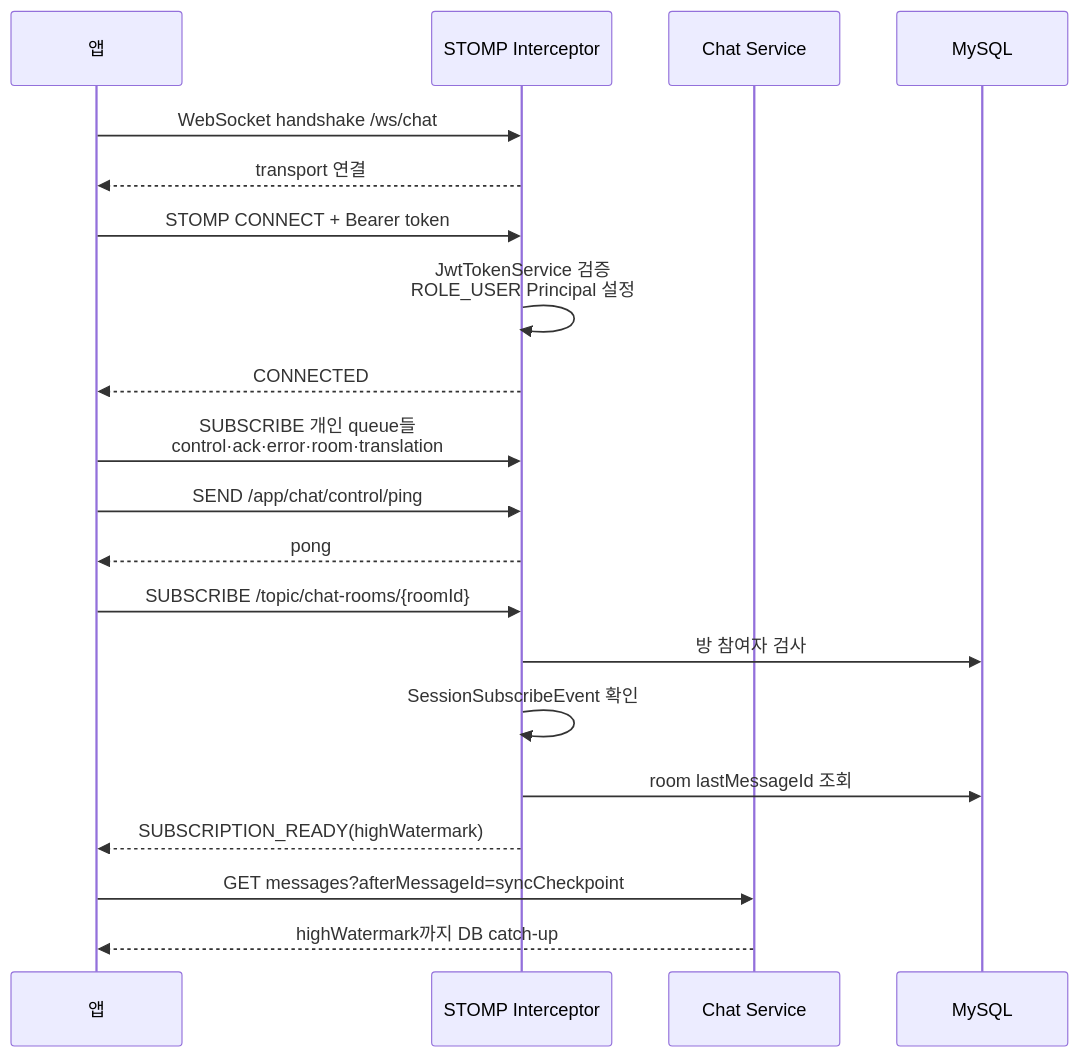
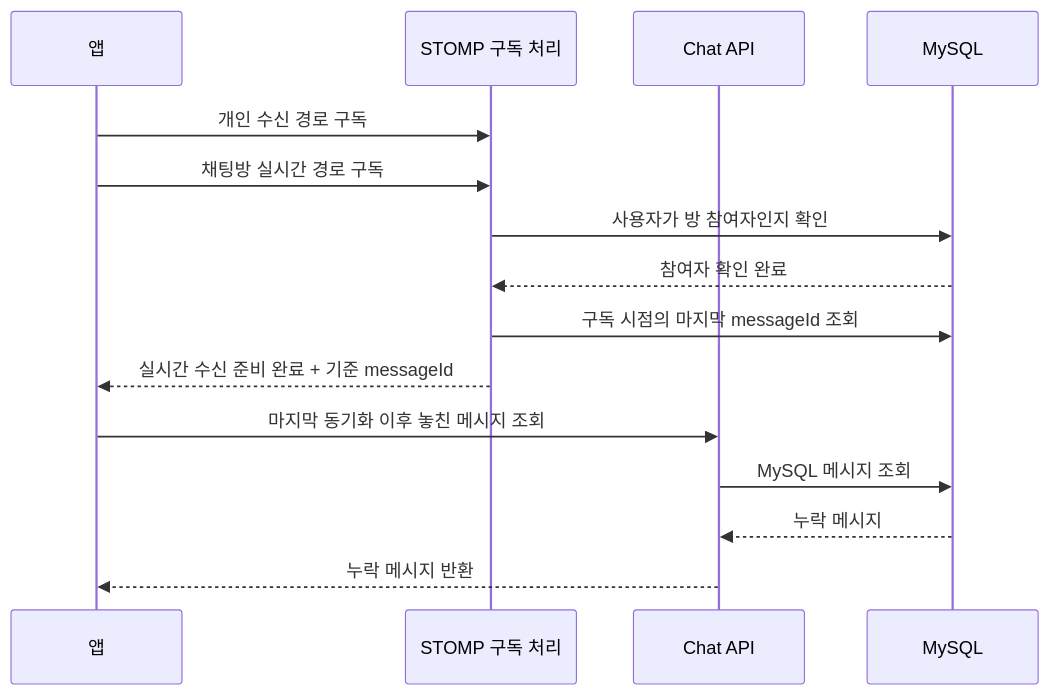
Before and after one commit to swyp-app-5th-team1/Kohere-backend: the seventh of 21 diagrams in docs/architecture/chat/05-sequence-diagrams.md, drawn with Mermaid. The commit also changed other lines of this file and 4 other files, not shown here.

Commit message:
docs: split chat sequences by scenario

````diff
--- a/docs/architecture/chat/05-sequence-diagrams.md
+++ b/docs/architecture/chat/05-sequence-diagrams.md
@@ -58,24 +155,18 @@
 ```mermaid
 sequenceDiagram
     participant APP as 앱
-    participant WS as STOMP Interceptor
-    participant CHAT as Chat Service
+    participant WS as STOMP 구독 처리
+    participant CHAT as Chat API
     participant DB as MySQL
 
-    APP->>WS: WebSocket handshake /ws/chat
-    WS-->>APP: transport 연결
-    APP->>WS: STOMP CONNECT + Bearer token
-    WS->>WS: JwtTokenService 검증<br/>ROLE_USER Principal 설정
-    WS-->>APP: CONNECTED
-
-    APP->>WS: SUBSCRIBE 개인 queue들<br/>control·ack·error·room·translation
-    APP->>WS: SEND /app/chat/control/ping
-    WS-->>APP: pong
-    APP->>WS: SUBSCRIBE /topic/chat-rooms/{roomId}
-    WS->>DB: 방 참여자 검사
-    WS->>WS: SessionSubscribeEvent 확인
-    WS->>DB: room lastMessageId 조회
-    WS-->>APP: SUBSCRIPTION_READY(highWatermark)
-    APP->>CHAT: GET messages?afterMessageId=syncCheckpoint
-    CHAT-->>APP: highWatermark까지 DB catch-up
+    APP->>WS: 개인 수신 경로 구독
+    APP->>WS: 채팅방 실시간 경로 구독
+    WS->>DB: 사용자가 방 참여자인지 확인
+    DB-->>WS: 참여자 확인 완료
+    WS->>DB: 구독 시점의 마지막 messageId 조회
+    WS-->>APP: 실시간 수신 준비 완료 + 기준 messageId
+    APP->>CHAT: 마지막 동기화 이후 놓친 메시지 조회
+    CHAT->>DB: MySQL 메시지 조회
+    DB-->>CHAT: 누락 메시지
+    CHAT-->>APP: 누락 메시지 반환
 ```
````
